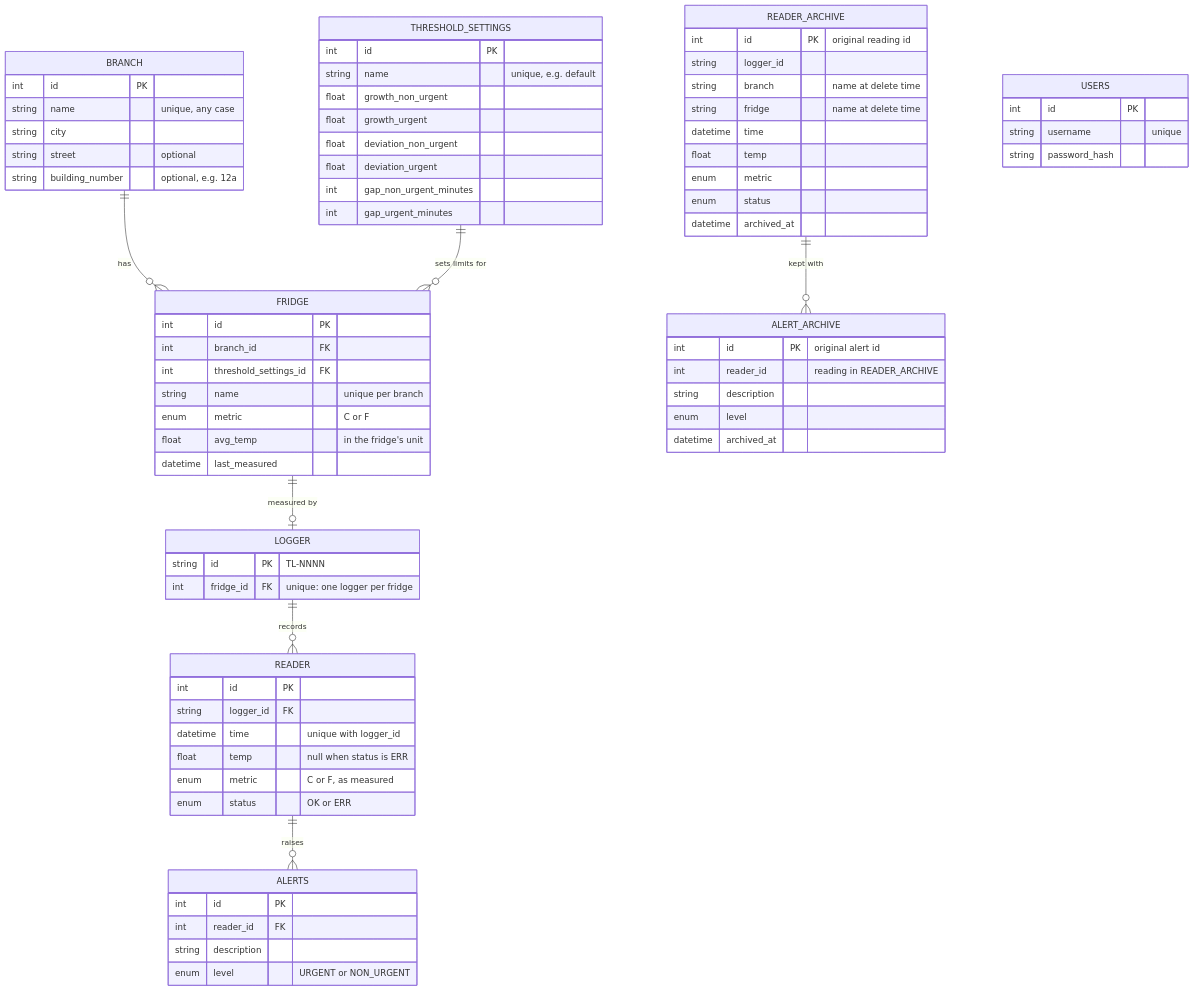
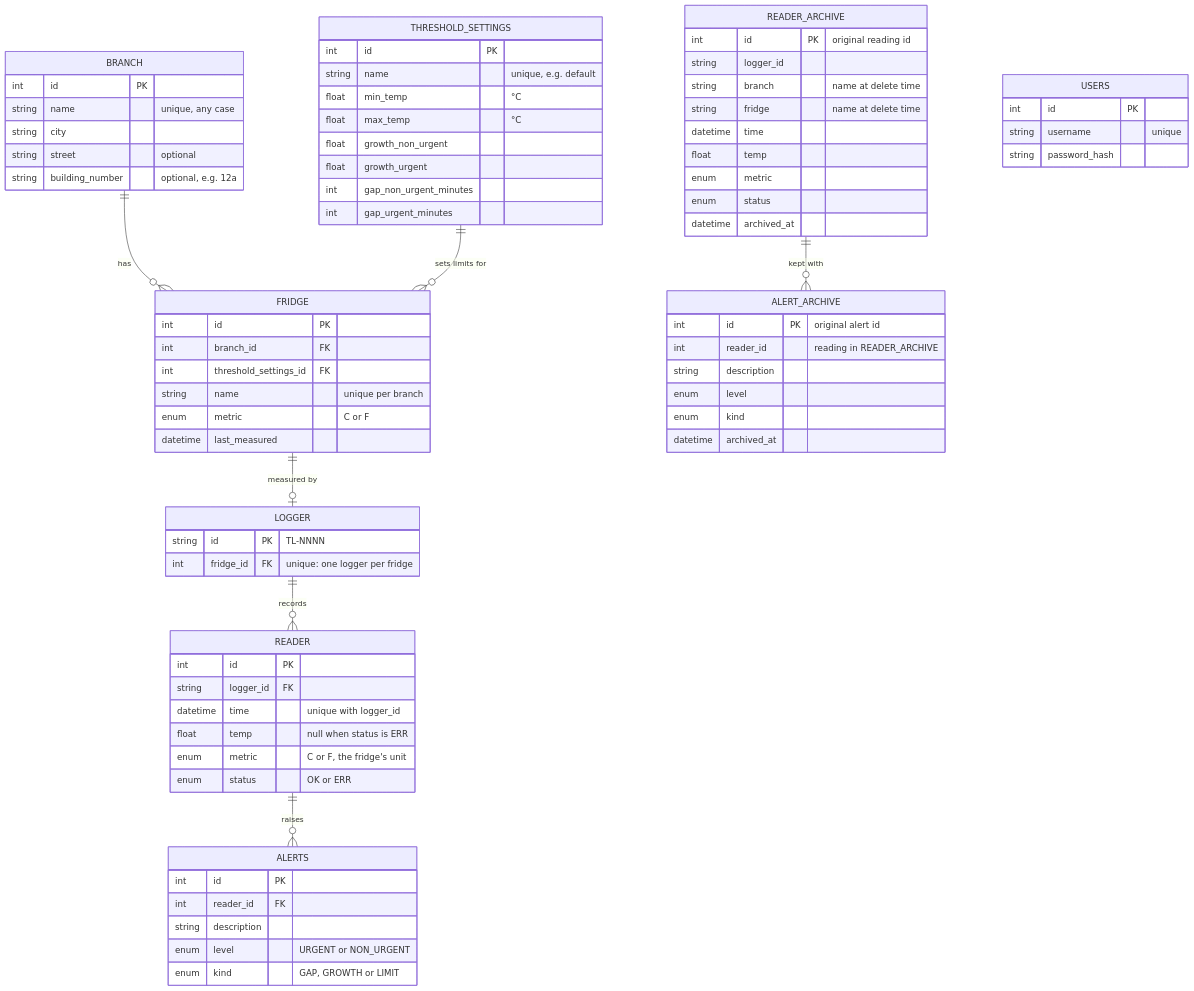
One commit to YonatanHen/squanchy-bakery-tracker changed the second of 2 diagrams in README.md. Above: the diagram before and after it, drawn with Mermaid. The commit also changed other lines of this file, not shown here.

Commit message:
README: Docker quick start, UI walkthrough, frontend, limit/growth/gap rules, updated ERD and API

````diff
--- a/README.md
+++ b/README.md
@@ -42,77 +74,78 @@
 ```mermaid
 erDiagram
     BRANCH ||--o{ FRIDGE : has
     THRESHOLD_SETTINGS ||--o{ FRIDGE : "sets limits for"
     FRIDGE ||--o| LOGGER : "measured by"
     LOGGER ||--o{ READER : records
     READER ||--o{ ALERTS : raises
     READER_ARCHIVE ||--o{ ALERT_ARCHIVE : "kept with"
 
     BRANCH {
         int id PK
         string name "unique, any case"
         string city
         string street "optional"
         string building_number "optional, e.g. 12a"
     }
     FRIDGE {
         int id PK
         int branch_id FK
         int threshold_settings_id FK
         string name "unique per branch"
         enum metric "C or F"
-        float avg_temp "in the fridge's unit"
         datetime last_measured
     }
     THRESHOLD_SETTINGS {
         int id PK
         string name "unique, e.g. default"
+        float min_temp "°C"
+        float max_temp "°C"
         float growth_non_urgent
         float growth_urgent
-        float deviation_non_urgent
-        float deviation_urgent
         int gap_non_urgent_minutes
         int gap_urgent_minutes
     }
     LOGGER {
         string id PK "TL-NNNN"
         int fridge_id FK "unique: one logger per fridge"
     }
     READER {
         int id PK
         string logger_id FK
         datetime time "unique with logger_id"
         float temp "null when status is ERR"
-        enum metric "C or F, as measured"
+        enum metric "C or F, the fridge's unit"
         enum status "OK or ERR"
     }
     ALERTS {
         int id PK
         int reader_id FK
         string description
         enum level "URGENT or NON_URGENT"
+        enum kind "GAP, GROWTH or LIMIT"
     }
     READER_ARCHIVE {
         int id PK "original reading id"
         string logger_id
         string branch "name at delete time"
         string fridge "name at delete time"
         datetime time
         float temp
         enum metric
         enum status
         datetime archived_at
     }
     ALERT_ARCHIVE {
         int id PK "original alert id"
         int reader_id "reading in READER_ARCHIVE"
         string description
         enum level
+        enum kind
         datetime archived_at
     }
     USERS {
         int id PK
         string username "unique"
         string password_hash
     }
 ```
````
